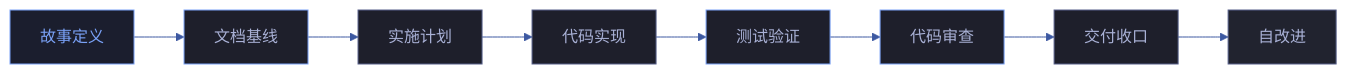
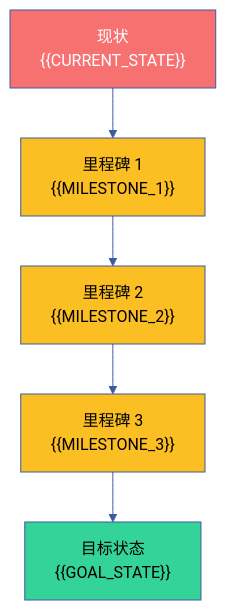
Before and after one commit to effiy/YrY: the first of 2 diagrams in templates/docs/故事任务面板/故事任务.md, drawn with Mermaid. The commit also changed other lines of this file and 30 other files, not shown here.

````diff
--- a/templates/docs/故事任务面板/故事任务.md
+++ b/templates/docs/故事任务面板/故事任务.md
@@ -13,9 +19,24 @@
 ```mermaid
-%%{init: {'theme': 'base', 'themeVariables': {'primaryColor': '#1e1f2b','primaryTextColor': '#a9b1d6','primaryBorderColor': '#3d59a1','lineColor': '#3d59a1','secondaryColor': '#2b2d3b','tertiaryColor': '#21232f'}}}%%
-flowchart LR
-    A["故事定义"]:::core --> B["文档基线"]:::review --> C["实施计划"]:::exec --> D["代码实现"]:::exec --> E["测试验证"]:::review --> F["代码审查"]:::review --> G["交付收口"]:::exec --> H["自改进"]:::cross
-    classDef core fill:#1b1e2e,stroke:#7aa2f7,color:#7aa2f7
-    classDef exec fill:#1e1f2b,stroke:#565f89,color:#a9b1d6
-    classDef review fill:#1e1f2b,stroke:#7aa2f7,color:#a9b1d6
-    classDef cross fill:#21232f,stroke:#565f89,color:#a9b1d6
+%%{init: {'theme': 'base', 'themeVariables': {
+  'primaryColor': '#1e1f2b',
+  'primaryTextColor': '#a9b1d6',
+  'primaryBorderColor': '#3d59a1',
+  'lineColor': '#3d59a1',
+  'secondaryColor': '#2b2d3b',
+  'tertiaryColor': '#21232f'
+}}}%%
+flowchart TD
+    NOW["现状\n{{CURRENT_STATE}}"]:::pain
+
+    NOW --> M1["里程碑 1\n{{MILESTONE_1}}"]:::milestone
+
+    M1 --> M2["里程碑 2\n{{MILESTONE_2}}"]:::milestone
+
+    M2 --> M3["里程碑 3\n{{MILESTONE_3}}"]:::milestone
+
+    M3 --> GOAL["目标状态\n{{GOAL_STATE}}"]:::goal
+
+    classDef pain fill:#f87171,color:#fff
+    classDef milestone fill:#fbbf24,color:#000
+    classDef goal fill:#34d399,color:#000
 ```
````
